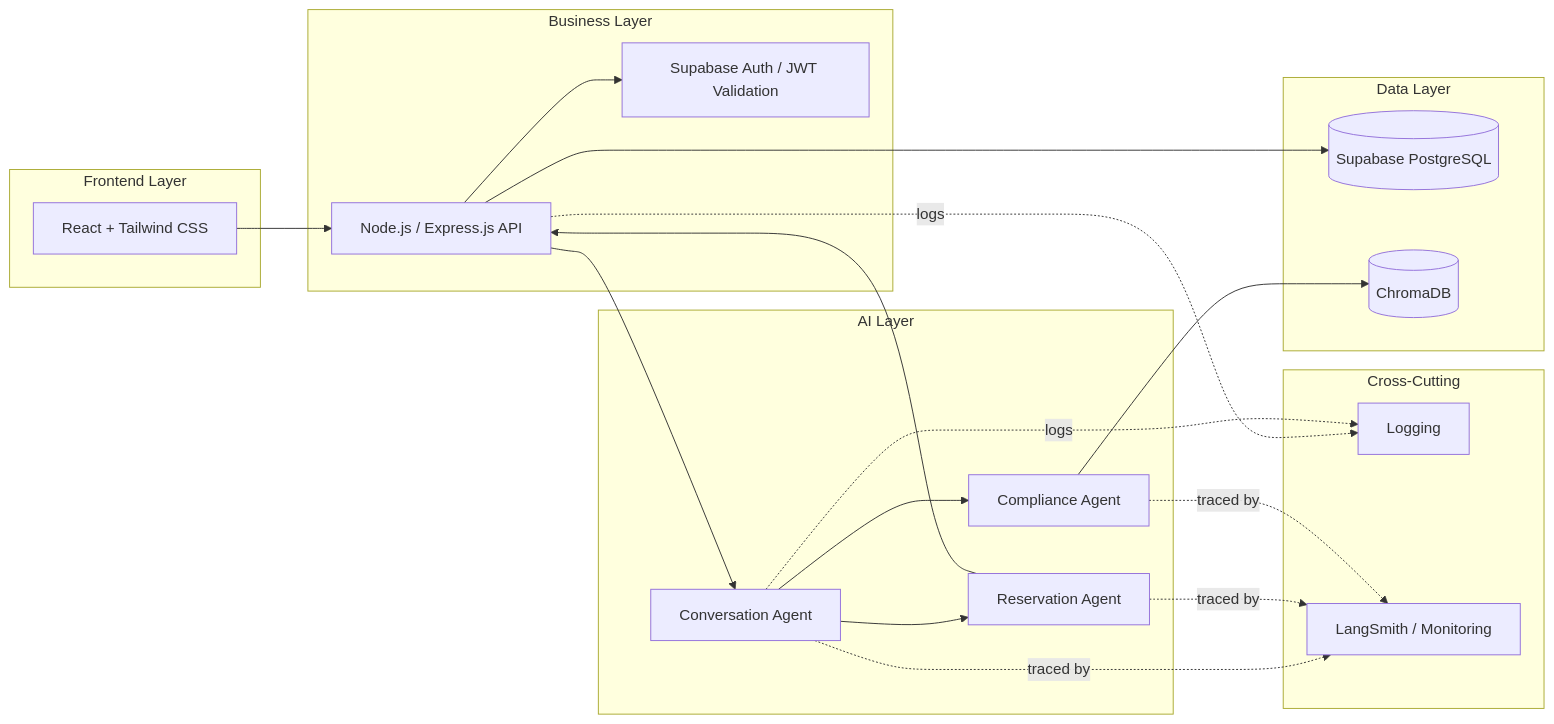
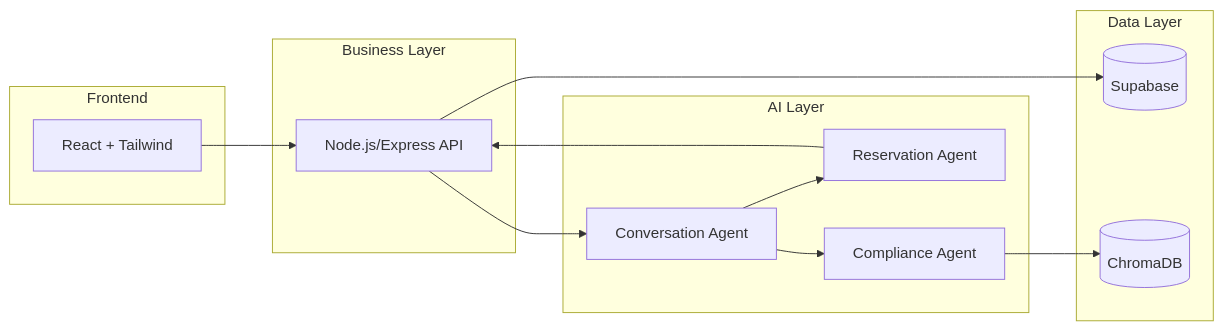
One commit to AmoghPai19/Multi-Agent-AI-Hotel-Support-System changed the second of 8 diagrams in docs/architecture/architecture.md. Above: the diagram before and after it, drawn with Mermaid. The commit also changed other lines of this file and 1 other file, not shown here.

Commit message:
Added project vision, technology decisions, architecture, and workflow specifications

````diff
--- a/docs/architecture/architecture.md
+++ b/docs/architecture/architecture.md
@@ -97,37 +62,21 @@
 ```mermaid
 flowchart LR
-    subgraph Frontend Layer
-        FE[React + Tailwind CSS]
+    subgraph Frontend
+        FE[React + Tailwind]
     end
     subgraph Business Layer
-        API[Node.js / Express.js API]
-        Auth[Supabase Auth / JWT Validation]
+        API[Node.js/Express API]
     end
     subgraph AI Layer
         Sup[Conversation Agent]
         Res[Reservation Agent]
         Comp[Compliance Agent]
     end
     subgraph Data Layer
-        DB[(Supabase PostgreSQL)]
+        DB[(Supabase)]
         VDB[(ChromaDB)]
     end
-    subgraph Cross-Cutting
-        Log[Logging]
-        Mon[LangSmith / Monitoring]
-    end
-
-    FE --> API
-    API --> Auth
-    API --> Sup
-    Sup --> Res
-    Sup --> Comp
-    Res --> API
-    API --> DB
-    Comp --> VDB
-    Sup -.traced by.-> Mon
-    Res -.traced by.-> Mon
-    Comp -.traced by.-> Mon
-    API -.logs.-> Log
-    Sup -.logs.-> Log
+    FE --> API --> Sup
+    Sup --> Res --> API --> DB
+    Sup --> Comp --> VDB
 ```
````
